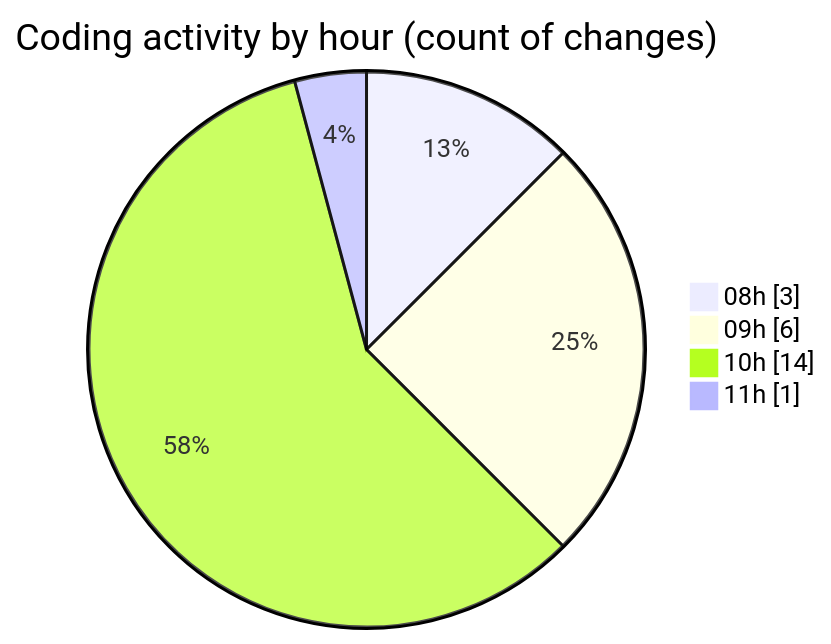
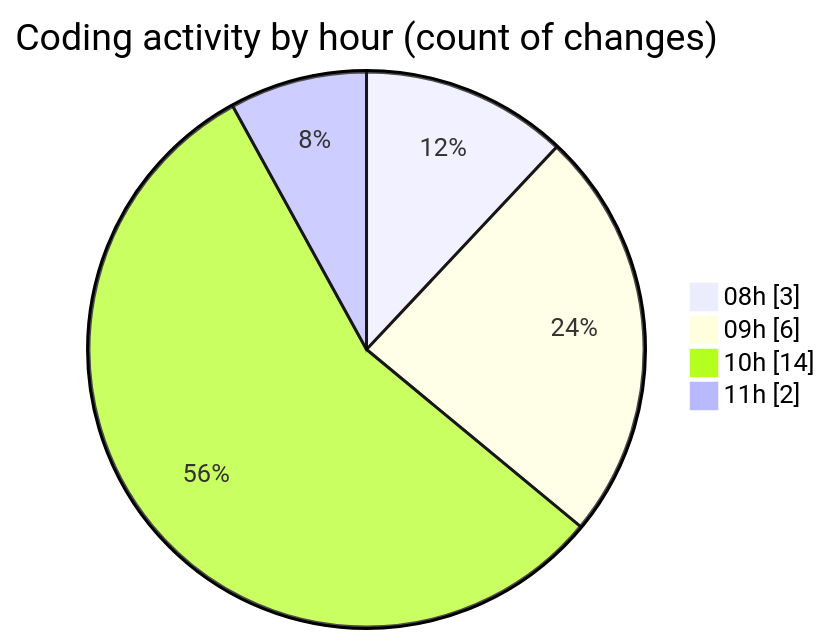
One commit to BS-eng2023/code-tracking changed the second of 2 diagrams in 2025-04-01/jsvms/README.md. Above: the diagram before and after it, drawn with Mermaid. The commit also changed other lines of this file and 1 other file, not shown here.

````diff
--- a/2025-04-01/jsvms/README.md
+++ b/2025-04-01/jsvms/README.md
@@ -41,8 +41,8 @@
 ```mermaid
 pie showData
 title Coding activity by hour (count of changes)
 "08h" : 3
 "09h" : 6
 "10h" : 14
-"11h" : 1
+"11h" : 2
 ```
````
